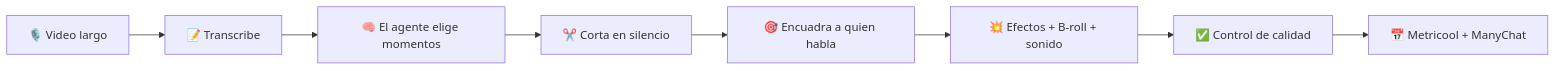
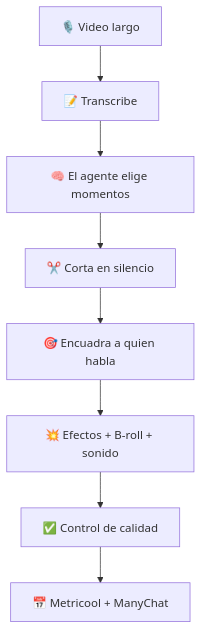
The diagram in README.md (cesaraztro/aztro-clipper), drawn with Mermaid before and after one commit.

Commit message:
README: diagrama de flujo vertical

````diff
--- a/README.md
+++ b/README.md
@@ -49,10 +49,10 @@
 ```mermaid
-flowchart LR
+flowchart TD
   A[🎙️ Video largo] --> B[📝 Transcribe]
   B --> C[🧠 El agente elige momentos]
   C --> D[✂️ Corta en silencio]
   D --> E[🎯 Encuadra a quien habla]
   E --> F[💥 Efectos + B-roll + sonido]
   F --> G[✅ Control de calidad]
   G --> H[📅 Metricool + ManyChat]
 ```
````
